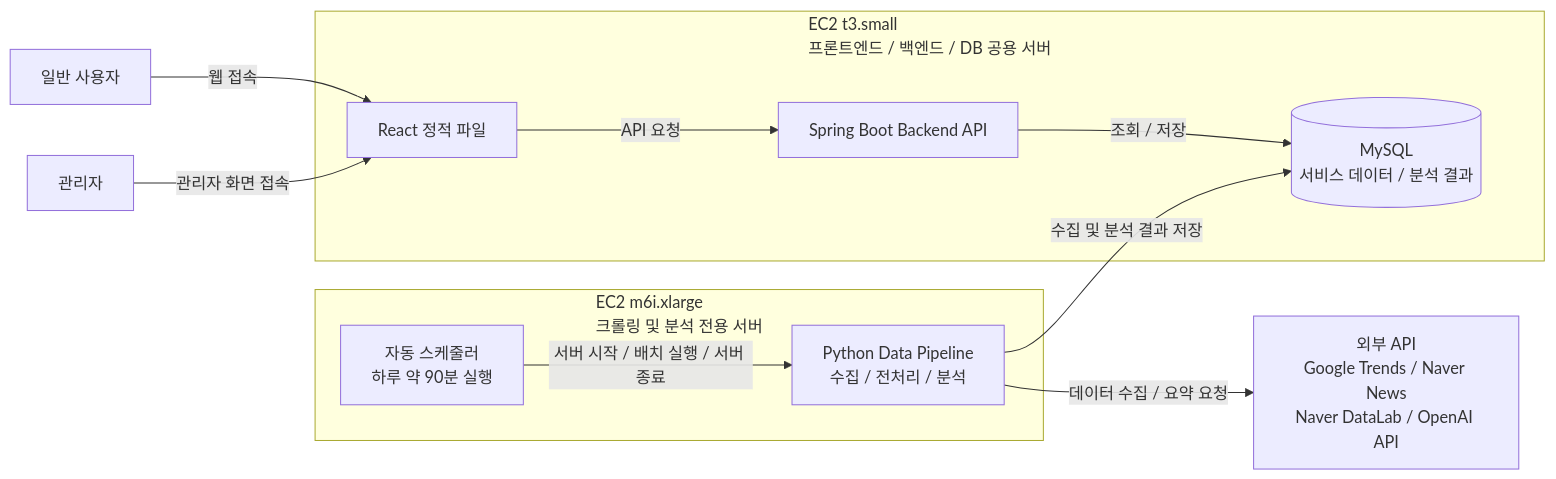
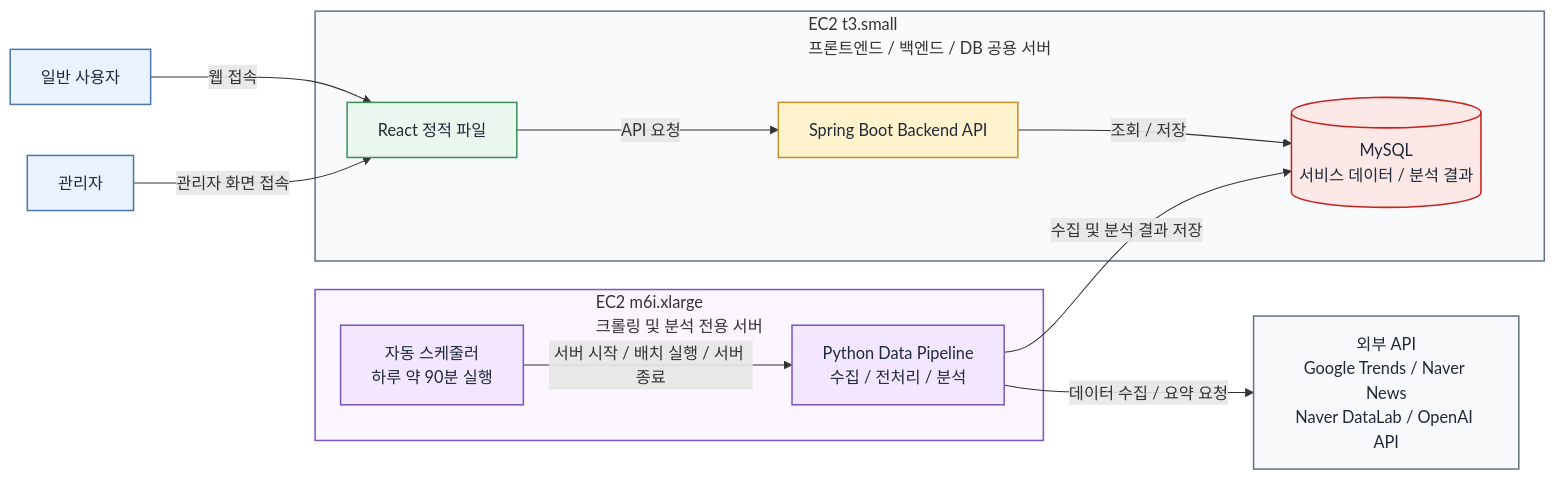
Before and after one commit to sssat/graduation-project: the fifth of 7 diagrams in docs/architecture-draft.md, drawn with Mermaid. The commit also changed other lines of this file, not shown here.

````diff
--- a/docs/architecture-draft.md
+++ b/docs/architecture-draft.md
@@ -168,27 +245,42 @@
 ```mermaid
 flowchart LR
   User["일반 사용자"]
   Admin["관리자"]
 
   subgraph AppServer["EC2 t3.small<br/>프론트엔드 / 백엔드 / DB 공용 서버"]
     Web["React 정적 파일"]
     Api["Spring Boot Backend API"]
     DB[("MySQL<br/>서비스 데이터 / 분석 결과")]
   end
 
   subgraph BatchServer["EC2 m6i.xlarge<br/>크롤링 및 분석 전용 서버"]
     Scheduler["자동 스케줄러<br/>하루 약 90분 실행"]
     Pipeline["Python Data Pipeline<br/>수집 / 전처리 / 분석"]
   end
 
   External["외부 API<br/>Google Trends / Naver News<br/>Naver DataLab / OpenAI API"]
 
   User -->|"웹 접속"| Web
   Admin -->|"관리자 화면 접속"| Web
   Web -->|"API 요청"| Api
   Api -->|"조회 / 저장"| DB
 
   Scheduler -->|"서버 시작 / 배치 실행 / 서버 종료"| Pipeline
   Pipeline -->|"데이터 수집 / 요약 요청"| External
   Pipeline -->|"수집 및 분석 결과 저장"| DB
+
+  classDef actor fill:#EAF2FF,stroke:#4C78A8,color:#1F2937,stroke-width:1.5px
+  classDef app fill:#E9F7EF,stroke:#3E8E5A,color:#1F2937,stroke-width:1.5px
+  classDef api fill:#FFF3CD,stroke:#C69026,color:#1F2937,stroke-width:1.5px
+  classDef db fill:#FCE8E6,stroke:#C5221F,color:#1F2937,stroke-width:1.5px
+  classDef batch fill:#F2E7FE,stroke:#7E57C2,color:#1F2937,stroke-width:1.5px
+  classDef external fill:#F8F9FA,stroke:#6B7280,color:#1F2937,stroke-width:1.5px
+  class User,Admin actor
+  class Web app
+  class Api api
+  class DB db
+  class Scheduler,Pipeline batch
+  class External external
+  style AppServer fill:#F8FAFC,stroke:#64748B,stroke-width:1.5px
+  style BatchServer fill:#FAF5FF,stroke:#7E57C2,stroke-width:1.5px
 ```
````
